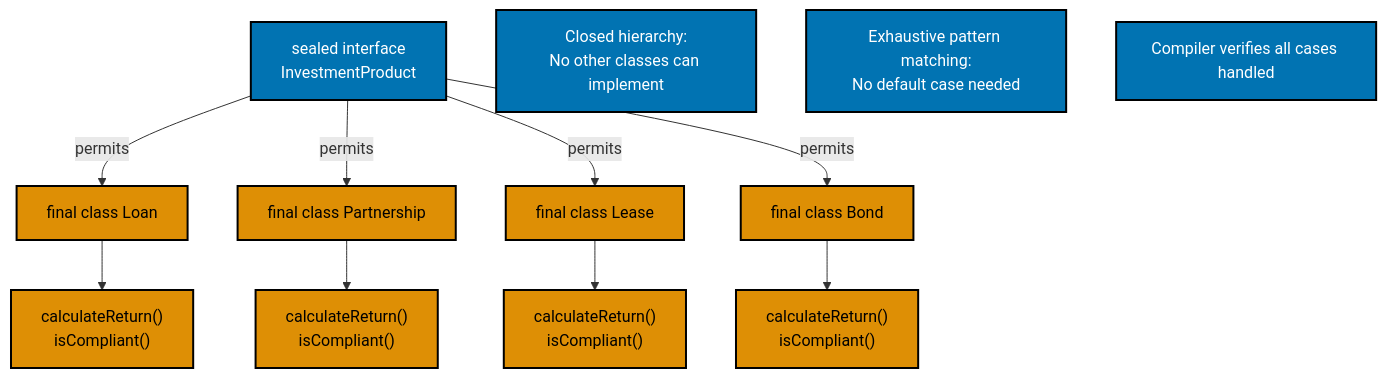
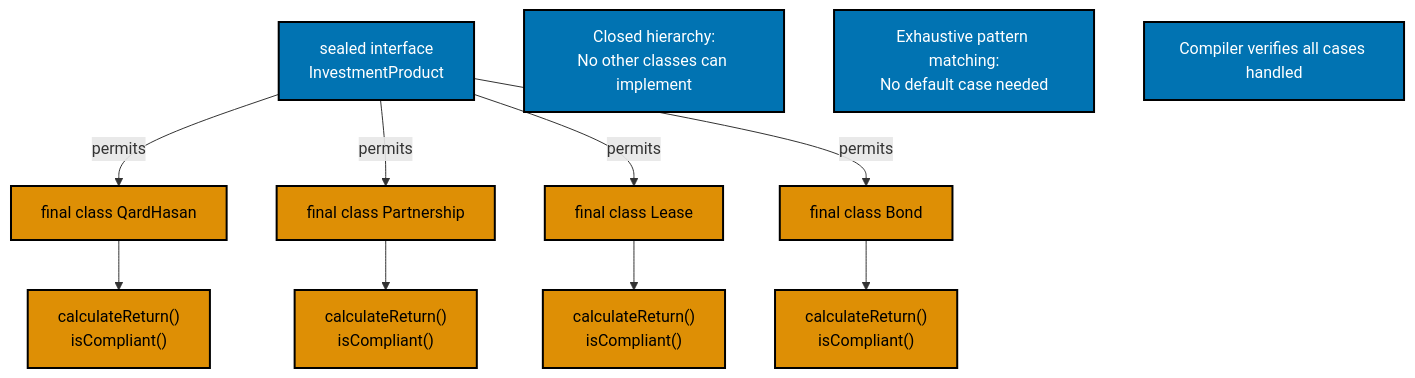
One commit to wahidyankf/open-sharia-enterprise changed the sixth of 6 diagrams in docs/explanation/software/stack-lang/java/ex-so-stla-ja__idioms.md. Above: the diagram before and after it, drawn with Mermaid. The commit also changed other lines of this file and 81 other files, not shown here.

````diff
--- a/docs/explanation/software/stack-lang/java/ex-so-stla-ja__idioms.md
+++ b/docs/explanation/software/stack-lang/java/ex-so-stla-ja__idioms.md
@@ -942,24 +946,24 @@
 ```mermaid
 %% Color Palette: Blue #0173B2, Orange #DE8F05
 %% All colors are color-blind friendly and meet WCAG AA contrast standards
 
 graph TD
     Interface[sealed interface<br/>InvestmentProduct]:::blue
 
-    Interface -->|permits| Loan[final class Loan]:::orange
+    Interface -->|permits| QardHasan[final class QardHasan]:::orange
     Interface -->|permits| Partnership[final class Partnership]:::orange
     Interface -->|permits| Lease[final class Lease]:::orange
     Interface -->|permits| Bond[final class Bond]:::orange
 
-    Loan --> Methods1[calculateReturn#40;#41;<br/>isCompliant#40;#41;]:::orange
+    QardHasan --> Methods1[calculateReturn#40;#41;<br/>isCompliant#40;#41;]:::orange
     Partnership --> Methods2[calculateReturn#40;#41;<br/>isCompliant#40;#41;]:::orange
     Lease --> Methods3[calculateReturn#40;#41;<br/>isCompliant#40;#41;]:::orange
     Bond --> Methods4[calculateReturn#40;#41;<br/>isCompliant#40;#41;]:::orange
 
     Note1[Closed hierarchy:<br/>No other classes can implement]:::blue
     Note2[Exhaustive pattern matching:<br/>No default case needed]:::blue
     Note3[Compiler verifies all cases handled]:::blue
 
     classDef blue fill:#0173B2,stroke:#000000,color:#FFFFFF,stroke-width:2px
     classDef orange fill:#DE8F05,stroke:#000000,color:#000000,stroke-width:2px
 ```
````
